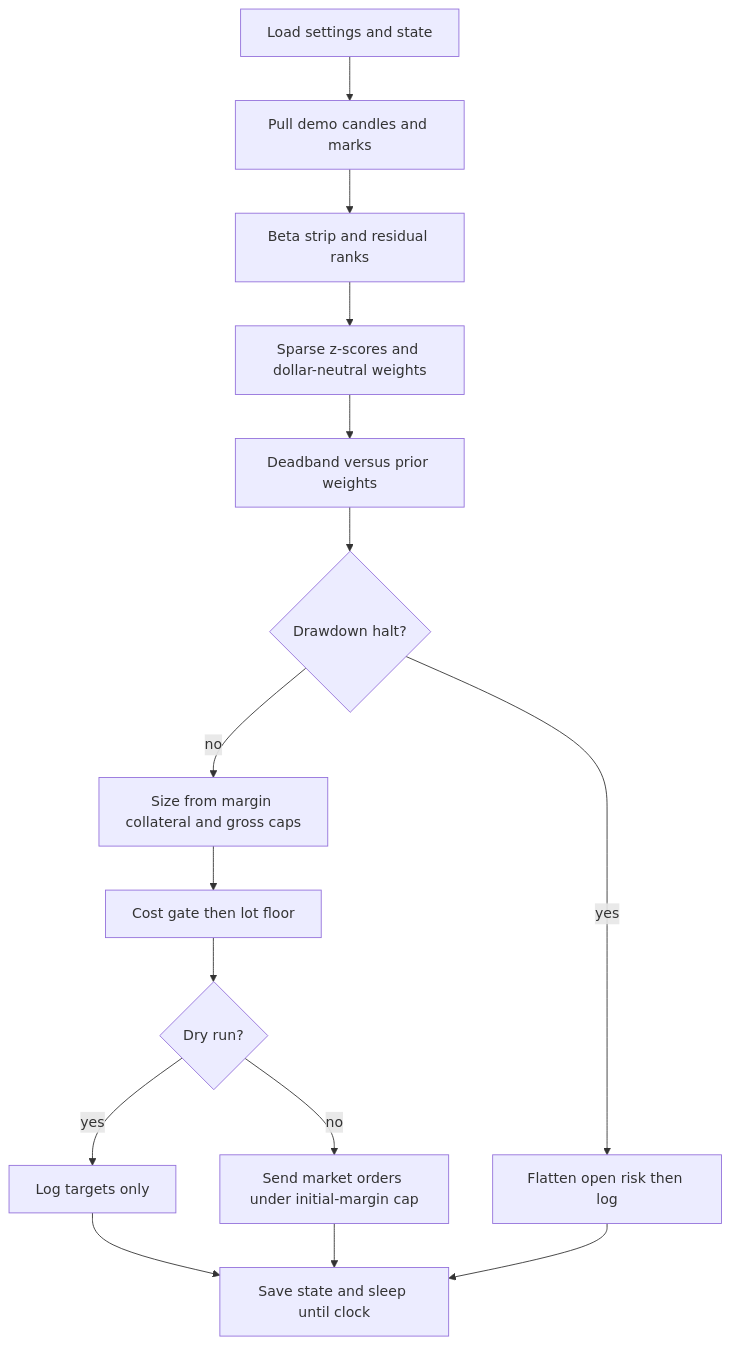
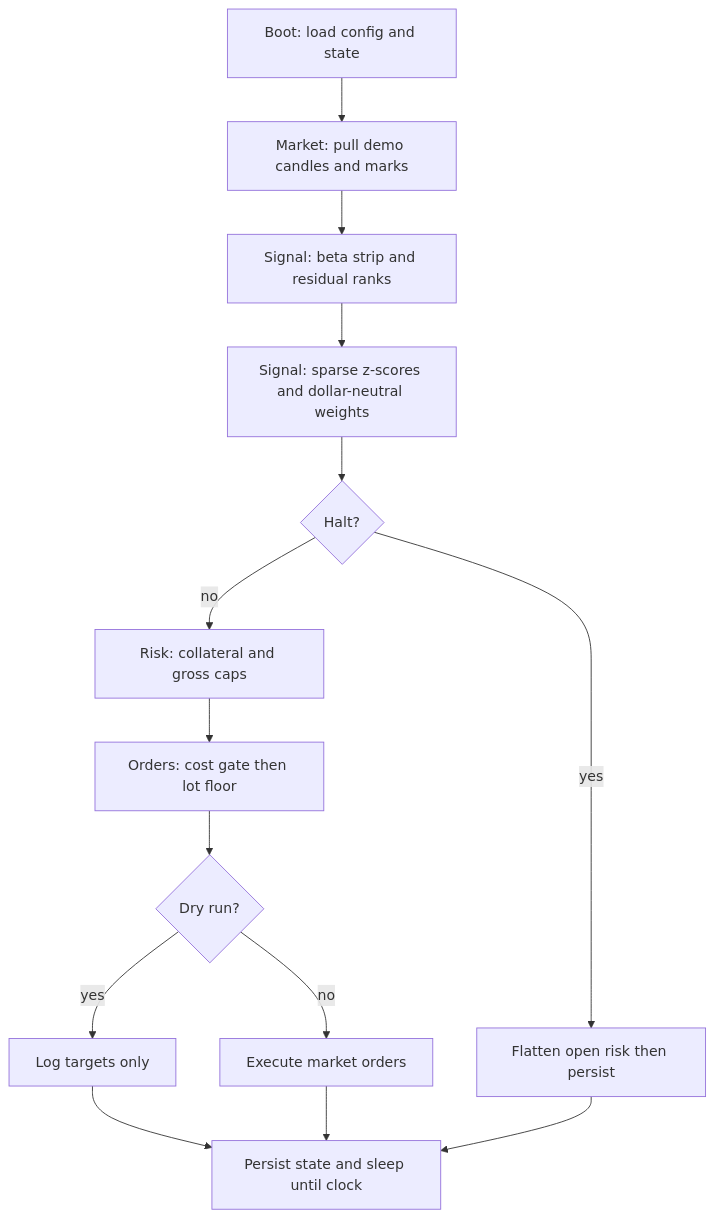
Before and after one commit to IsuruMahakumara/an-cszn-core: the second of 2 diagrams in docs/residual-trader.md, drawn with Mermaid. The commit also changed other lines of this file and 8 other files, not shown here.

````diff
--- a/docs/residual-trader.md
+++ b/docs/residual-trader.md
@@ -36,17 +50,16 @@
 ```mermaid
 flowchart TD
-  A[Load settings and state] --> B[Pull demo candles and marks]
-  B --> C[Beta strip and residual ranks]
-  C --> D[Sparse z-scores and dollar-neutral weights]
-  D --> E[Deadband versus prior weights]
-  E --> F{Drawdown halt?}
-  F -->|yes| G[Flatten open risk then log]
-  F -->|no| H[Size from margin collateral and gross caps]
-  H --> I[Cost gate then lot floor]
-  I --> J{Dry run?}
-  J -->|yes| K[Log targets only]
-  J -->|no| L[Send market orders under initial-margin cap]
-  K --> M[Save state and sleep until clock]
-  L --> M
-  G --> M
+  A[Boot: load config and state] --> B[Market: pull demo candles and marks]
+  B --> C[Signal: beta strip and residual ranks]
+  C --> D[Signal: sparse z-scores and dollar-neutral weights]
+  D --> E{Halt?}
+  E -->|yes| F[Flatten open risk then persist]
+  E -->|no| G[Risk: collateral and gross caps]
+  G --> H[Orders: cost gate then lot floor]
+  H --> I{Dry run?}
+  I -->|yes| J[Log targets only]
+  I -->|no| K[Execute market orders]
+  J --> L[Persist state and sleep until clock]
+  K --> L
+  F --> L
 ```
````
